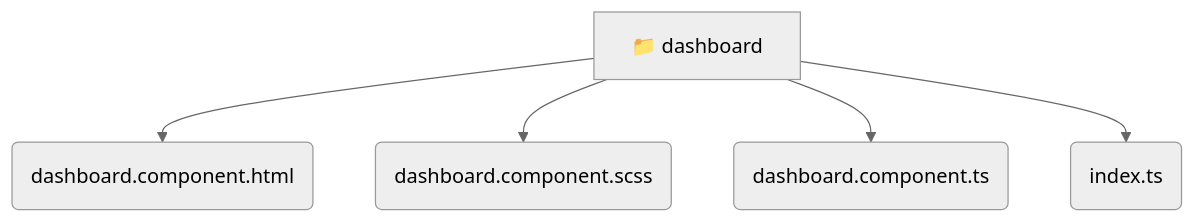
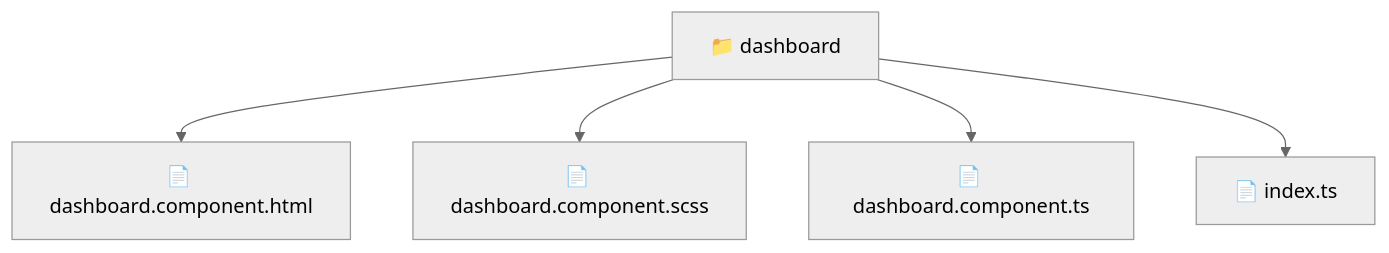
One commit to beginwebdev2002/fullstack-mavluda changed the diagram in frontend/src/pages/dashboard/README.md. Above: the diagram before and after it, drawn with Mermaid (neutral theme). The commit also changed other lines of this file and 163 other files, not shown here.

````diff
--- a/frontend/src/pages/dashboard/README.md
+++ b/frontend/src/pages/dashboard/README.md
@@ -11,8 +10,8 @@
 ```mermaid
 graph TD
-  dashboard[📁 dashboard]
-  dashboard --> dashboard_dashboard_component_html(dashboard.component.html)
-  dashboard --> dashboard_dashboard_component_scss(dashboard.component.scss)
-  dashboard --> dashboard_dashboard_component_ts(dashboard.component.ts)
-  dashboard --> dashboard_index_ts(index.ts)
+  Root["📁 dashboard"]
+  Root --> dashboardcomponenthtml["📄 dashboard.component.html"]
+  Root --> dashboardcomponentscss["📄 dashboard.component.scss"]
+  Root --> dashboardcomponentts["📄 dashboard.component.ts"]
+  Root --> indexts["📄 index.ts"]
 ```
````
